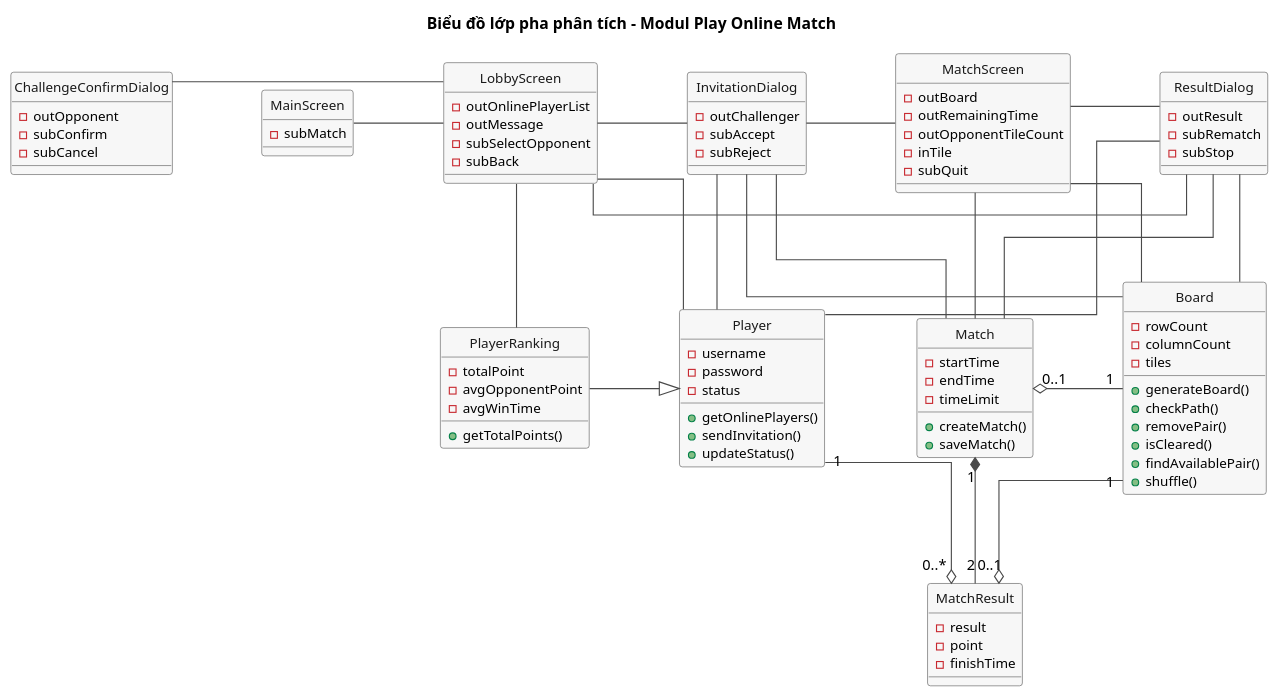
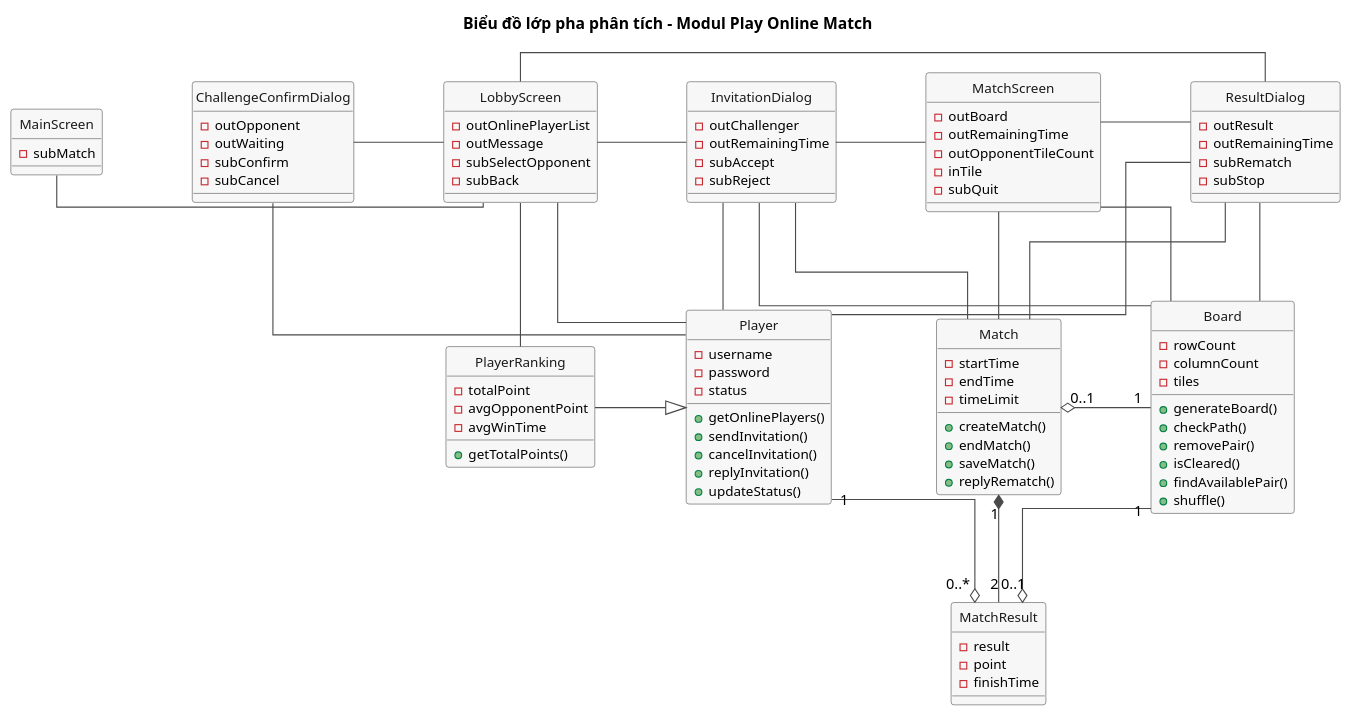
The diagram in docs/uml/pha2/class-analysis-m4.puml (VattenL/mobile-pikachu), drawn with PlantUML before and after one commit. The commit also changed 73 other files, not shown here.

```diff
--- a/docs/uml/pha2/class-analysis-m4.puml
+++ b/docs/uml/pha2/class-analysis-m4.puml
@@ -1,122 +1,130 @@
 @startuml class-analysis-m4
 title Biểu đồ lớp pha phân tích - Modul Play Online Match
 
 hide circle
 skinparam shadowing false
 skinparam linetype ortho
 skinparam nodesep 80
 skinparam ranksep 80
 skinparam classFontSize 14
 skinparam classAttributeFontSize 12
 skinparam class {
   BackgroundColor #F7F7F7
   BorderColor #4A4A4A
   ArrowColor #4A4A4A
   FontColor #1A1A1A
 }
 
 ' ===== Tang 1: lop bien =====
 class MainScreen {
   - subMatch
 }
 
 class LobbyScreen {
   - outOnlinePlayerList
   - outMessage
   - subSelectOpponent
   - subBack
 }
 
 class ChallengeConfirmDialog {
   - outOpponent
+  - outWaiting
   - subConfirm
   - subCancel
 }
 
 class InvitationDialog {
   - outChallenger
+  - outRemainingTime
   - subAccept
   - subReject
 }
 
 class MatchScreen {
   - outBoard
   - outRemainingTime
   - outOpponentTileCount
   - inTile
   - subQuit
 }
 
 class ResultDialog {
   - outResult
+  - outRemainingTime
   - subRematch
   - subStop
 }
 
 ' ===== Tang 2: lop thuc the =====
 class Player {
   - username
   - password
   - status
   + getOnlinePlayers()
   + sendInvitation()
+  + cancelInvitation()
+  + replyInvitation()
   + updateStatus()
 }
 
 class PlayerRanking {
   - totalPoint
   - avgOpponentPoint
   - avgWinTime
   + getTotalPoints()
 }
 
 class Board {
   - rowCount
   - columnCount
   - tiles
   + generateBoard()
   + checkPath()
   + removePair()
   + isCleared()
   + findAvailablePair()
   + shuffle()
 }
 
 class Match {
   - startTime
   - endTime
   - timeLimit
   + createMatch()
+  + endMatch()
   + saveMatch()
+  + replyRematch()
 }
 
 class MatchResult {
   - result
   - point
   - finishTime
 }
 
 MainScreen -right- LobbyScreen
 LobbyScreen -left- ChallengeConfirmDialog
 LobbyScreen -right- InvitationDialog
 InvitationDialog -right- MatchScreen
 MatchScreen -right- ResultDialog
 ResultDialog -[norank]- LobbyScreen
 
 LobbyScreen -down- Player
 LobbyScreen -down- PlayerRanking
+ChallengeConfirmDialog -down- Player
 InvitationDialog -down- Board
 InvitationDialog -down- Match
 InvitationDialog -down- Player
 MatchScreen -down- Board
 MatchScreen -down- Match
 ResultDialog -down- Player
 ResultDialog -down- Board
 ResultDialog -down- Match
 
 Player "1" -[norank]-o "0..*" MatchResult
 Match "1" *-down- "2" MatchResult
 Match "0..1" o-right- "1" Board
 MatchResult "0..1" o-[norank]- "1" Board
 PlayerRanking -[norank]-|> Player
 @enduml
```
